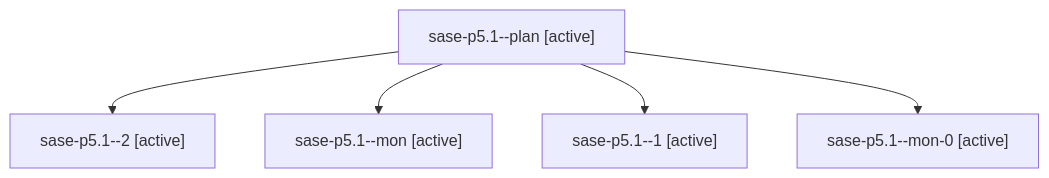
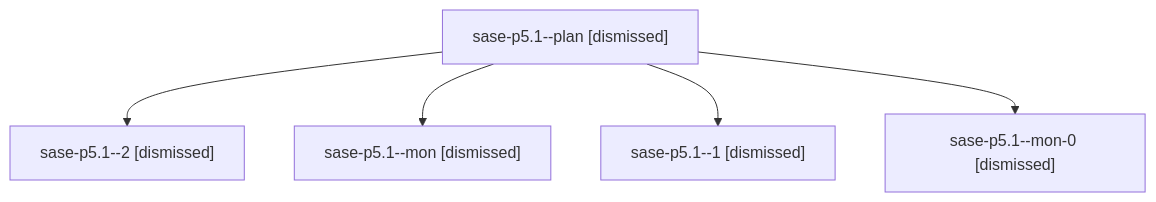
Before and after one commit to sase-org/sase--agents: the diagram in sessions/bbugyi200.athena.sase-p5.1.md, drawn with Mermaid. The commit also changed other lines of this file and 104 other files, not shown here.

````diff
--- a/sessions/bbugyi200.athena.sase-p5.1.md
+++ b/sessions/bbugyi200.athena.sase-p5.1.md
@@ -9,12 +9,12 @@
 ```mermaid
 flowchart TD
-  n0["sase-p5.1--plan [active]"]
-  n1["sase-p5.1--2 [active]"]
+  n0["sase-p5.1--plan [dismissed]"]
+  n1["sase-p5.1--2 [dismissed]"]
   n0 --> n1
-  n2["sase-p5.1--mon [active]"]
+  n2["sase-p5.1--mon [dismissed]"]
   n0 --> n2
-  n3["sase-p5.1--1 [active]"]
+  n3["sase-p5.1--1 [dismissed]"]
   n0 --> n3
-  n4["sase-p5.1--mon-0 [active]"]
+  n4["sase-p5.1--mon-0 [dismissed]"]
   n0 --> n4
 ```
````
